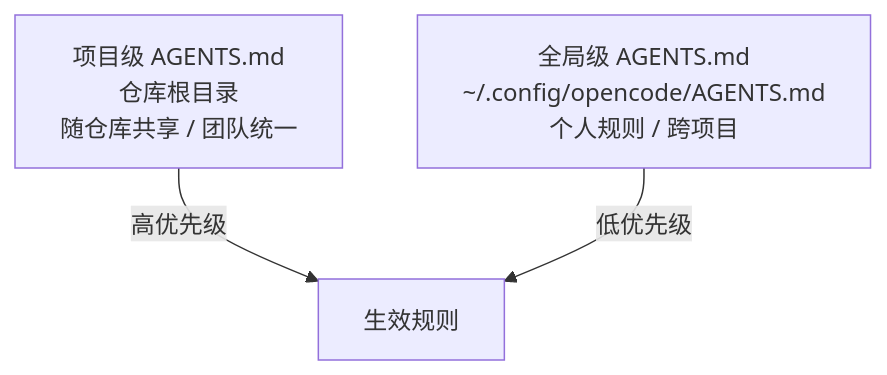
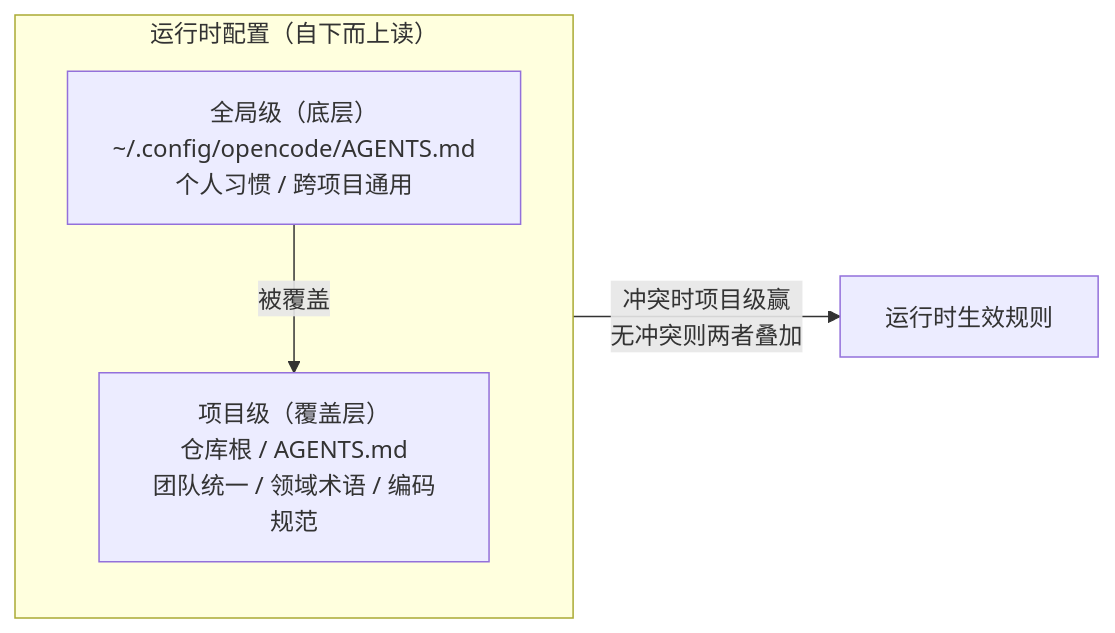
One commit to masonsxu/notes changed the third of 8 diagrams in ppt/ppt2-advanced/opencode-advanced-techniques.md. Above: the diagram before and after it, drawn with Mermaid. The commit also changed other lines of this file and 1 other file, not shown here.

First line of the commit message:
refactor: 重写 opencode 入门与进阶文稿，面向非专业人士重构

````diff
--- a/ppt/ppt2-advanced/opencode-advanced-techniques.md
+++ b/ppt/ppt2-advanced/opencode-advanced-techniques.md
@@ -205,5 +238,10 @@
 ```mermaid
-flowchart TB
-    P["项目级 AGENTS.md<br/>仓库根目录<br/>随仓库共享 / 团队统一"] -->|高优先级| M[生效规则]
-    G["全局级 AGENTS.md<br/>~/.config/opencode/AGENTS.md<br/>个人规则 / 跨项目"] -->|低优先级| M
+flowchart LR
+    subgraph STACK["运行时配置（自下而上读）"]
+        direction TB
+        G["全局级（底层）<br/>~/.config/opencode/AGENTS.md<br/>个人习惯 / 跨项目通用"]
+        P["项目级（覆盖层）<br/>仓库根 / AGENTS.md<br/>团队统一 / 领域术语 / 编码规范"]
+        G -->|"被覆盖"| P
+    end
+    P -->|"冲突时项目级赢<br/>无冲突则两者叠加"| R["运行时生效规则"]
 ```
````
